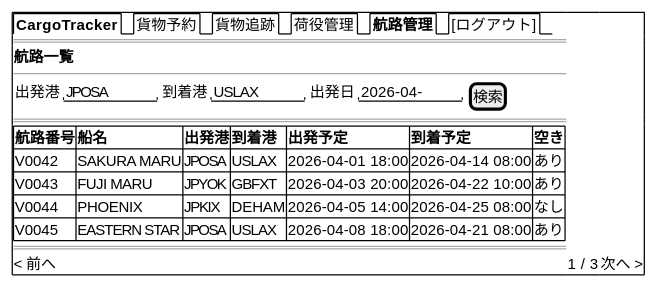
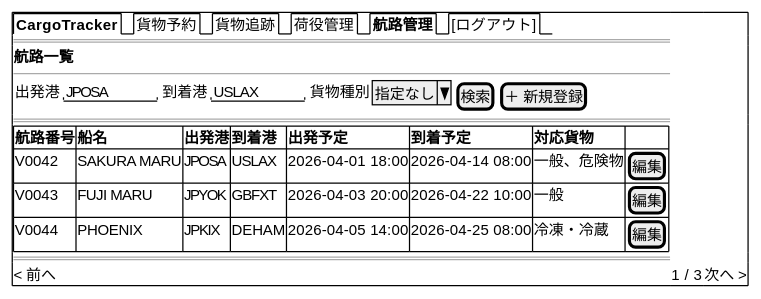
One commit to k2works/case-study-cargo-tracker changed diagram 17 of 24 in docs/design/ui_design.md. Above: the diagram before and after it, drawn with PlantUML. The commit also changed other lines of this file, not shown here.

````diff
--- a/docs/design/ui_design.md
+++ b/docs/design/ui_design.md
@@ -993,23 +1011,22 @@
 ```plantuml
 @startsalt
 {+
   {/ <b>CargoTracker</b> | 貨物予約 | 貨物追跡 | 荷役管理 | <b>航路管理</b> | [ログアウト] }
   ==
   <b>航路一覧</b>
   --
   {
-    出発港 | "JPOSA    " | 到着港 | "USLAX    " | 出発日 | "2026-04-  " | [検索]
+    出発港 | "JPOSA    " | 到着港 | "USLAX    " | 貨物種別 | ^指定なし^ | [検索] | [＋ 新規登録]
   }
   ==
   {#
-    **航路番号** | **船名**     | **出発港** | **到着港** | **出発予定**     | **到着予定**     | **空き**
-    V0042        | SAKURA MARU  | JPOSA      | USLAX      | 2026-04-01 18:00 | 2026-04-14 08:00 | あり
-    V0043        | FUJI MARU    | JPYOK      | GBFXT      | 2026-04-03 20:00 | 2026-04-22 10:00 | あり
-    V0044        | PHOENIX      | JPKIX      | DEHAM      | 2026-04-05 14:00 | 2026-04-25 08:00 | なし
-    V0045        | EASTERN STAR | JPOSA      | USLAX      | 2026-04-08 18:00 | 2026-04-21 08:00 | あり
+    **航路番号** | **船名**     | **出発港** | **到着港** | **出発予定**     | **到着予定**     | **対応貨物** | .
+    V0042        | SAKURA MARU  | JPOSA      | USLAX      | 2026-04-01 18:00 | 2026-04-14 08:00 | 一般、危険物  | [編集]
+    V0043        | FUJI MARU    | JPYOK      | GBFXT      | 2026-04-03 20:00 | 2026-04-22 10:00 | 一般         | [編集]
+    V0044        | PHOENIX      | JPKIX      | DEHAM      | 2026-04-05 14:00 | 2026-04-25 08:00 | 冷凍・冷蔵    | [編集]
   }
   ==
   < 前へ | 1 / 3 | 次へ >
 }
 @endsalt
 ```
````
